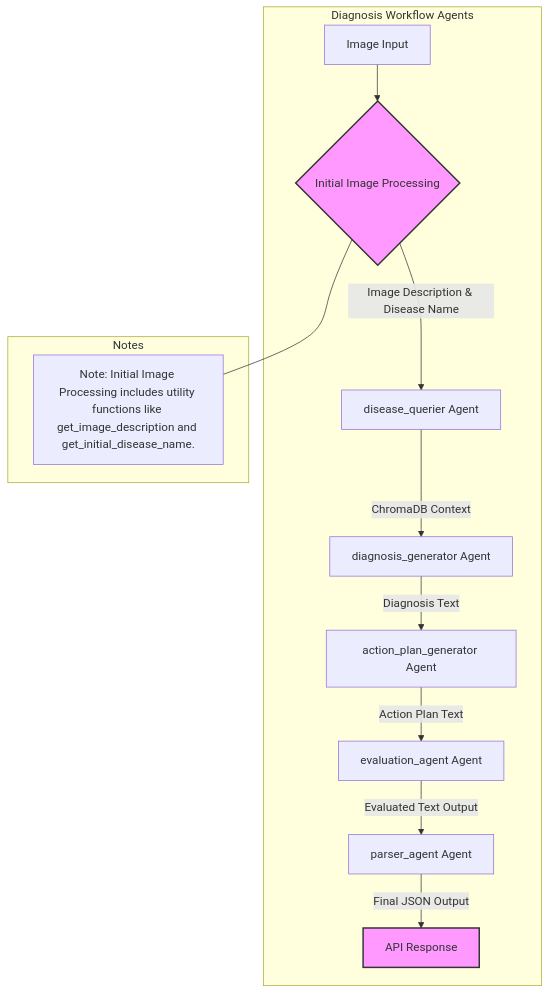
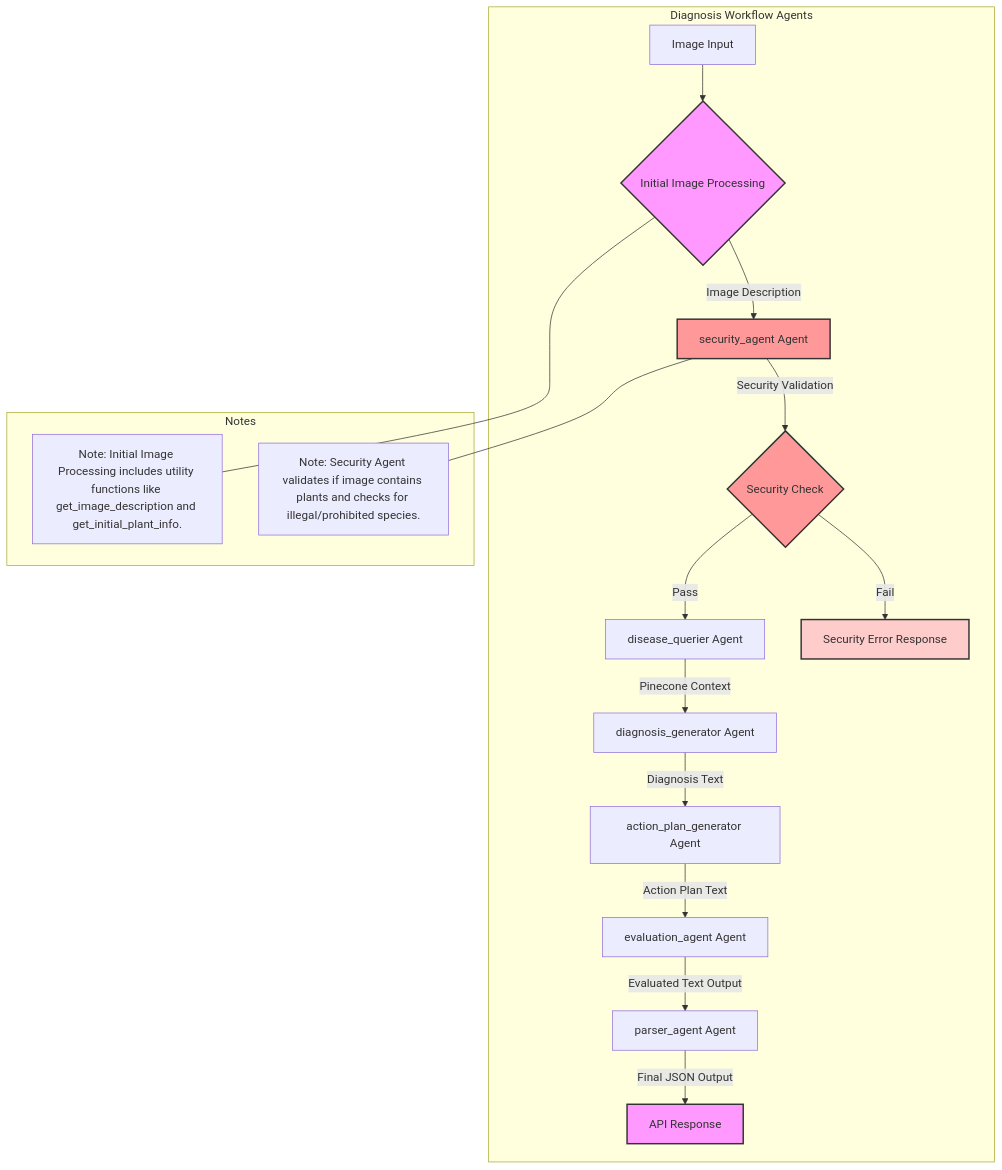
One commit to mingxn/willowai-api changed the diagram in agent_architecture.md. Above: the diagram before and after it, drawn with Mermaid. The commit also changed 142 other files, not shown here.

````diff
--- a/agent_architecture.md
+++ b/agent_architecture.md
@@ -1,21 +1,29 @@
 ```mermaid
 graph TD
     subgraph Diagnosis Workflow Agents
         A[Image Input] --> B{Initial Image Processing}
-        B -->|Image Description & Disease Name| C[disease_querier Agent]
-        C -->|ChromaDB Context| D[diagnosis_generator Agent]
-        D -->|Diagnosis Text| E[action_plan_generator Agent]
-        E -->|Action Plan Text| F[evaluation_agent Agent]
-        F -->|Evaluated Text Output| G[parser_agent Agent]
-        G -->|Final JSON Output| H[API Response]
+        B -->|Image Description| C[security_agent Agent]
+        C -->|Security Validation| D{Security Check}
+        D -->|Pass| E[disease_querier Agent]
+        D -->|Fail| I[Security Error Response]
+        E -->|Pinecone Context| F[diagnosis_generator Agent]
+        F -->|Diagnosis Text| G[action_plan_generator Agent]
+        G -->|Action Plan Text| H[evaluation_agent Agent]
+        H -->|Evaluated Text Output| J[parser_agent Agent]
+        J -->|Final JSON Output| K[API Response]
     end
 
     style B fill:#f9f,stroke:#333,stroke-width:2px
-    style H fill:#f9f,stroke:#333,stroke-width:2px
+    style C fill:#ff9999,stroke:#333,stroke-width:2px
+    style D fill:#ff9999,stroke:#333,stroke-width:2px
+    style I fill:#ffcccc,stroke:#333,stroke-width:2px
+    style K fill:#f9f,stroke:#333,stroke-width:2px
 
     %% Notes on B (Initial Image Processing)
     subgraph Notes
-        note1[Note: Initial Image Processing includes utility functions like get_image_description and get_initial_disease_name.]
+        note1[Note: Initial Image Processing includes utility functions like get_image_description and get_initial_plant_info.]
+        note2[Note: Security Agent validates if image contains plants and checks for illegal/prohibited species.]
     end
     B --- note1
+    C --- note2
 ```
````
